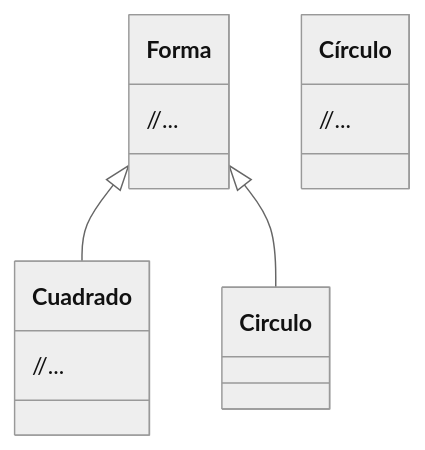
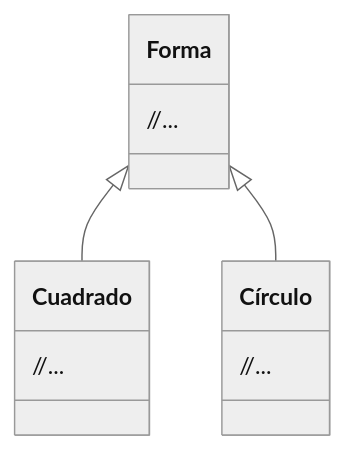
The diagram in Soluciones-Herencia-Emiliano-Montalvo-A00574526/Diagrama.md (EmiMon-456/SobrecargaC), drawn with Mermaid (neutral theme) before and after one commit.

````diff
--- a/Soluciones-Herencia-Emiliano-Montalvo-A00574526/Diagrama.md
+++ b/Soluciones-Herencia-Emiliano-Montalvo-A00574526/Diagrama.md
@@ -1,18 +1,18 @@
 ```mermaid
 classDiagram
     %% Definición de clases
     class Forma {
         //...
     }
     class Cuadrado {
         //...
     }
     class Círculo {
         //... 
     }
 
     %% Relaciones
     Forma <|-- Cuadrado
-    Forma <|-- Circulo
+    Forma <|-- Círculo
 
 ```
````
